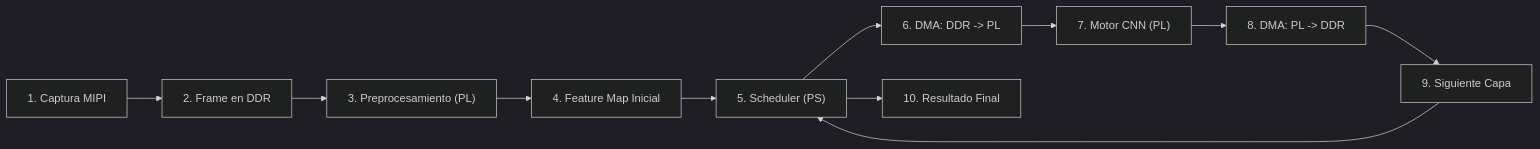
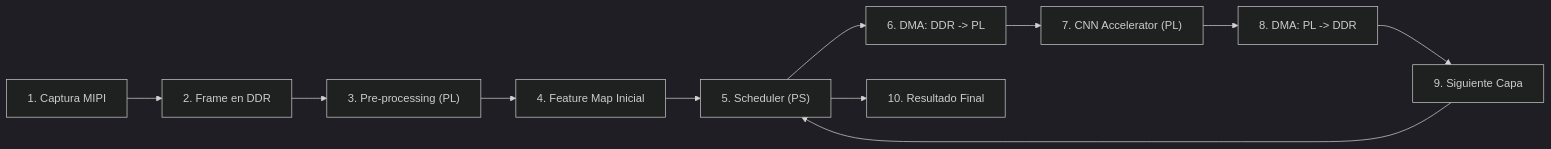
One commit to angel-obando-17/CNN-accelerator-on-SoC changed the seventh of 9 diagrams in Bitacora.md. Above: the diagram before and after it, drawn with Mermaid (dark theme). The commit also changed other lines of this file, not shown here.

````diff
--- a/Bitacora.md
+++ b/Bitacora.md
@@ -353,26 +391,26 @@
 ```mermaid
 
 flowchart LR
 
     CAP["1. Captura MIPI"]
     DDRF["2. Frame en DDR"]
-    PRE["3. Preprocesamiento (PL)"]
+    PRE["3. Pre-processing (PL)"]
     FM0["4. Feature Map Inicial"]
     SCH["5. Scheduler (PS)"]
     DMA_IN["6. DMA: DDR -> PL"]
-    CNN["7. Motor CNN (PL)"]
+    CNN["7. CNN Accelerator (PL)"]
     DMA_OUT["8. DMA: PL -> DDR"]
     NEXT["9. Siguiente Capa"]
     RES["10. Resultado Final"]
 
     CAP --> DDRF
     DDRF --> PRE
     PRE --> FM0
     FM0 --> SCH
     SCH --> DMA_IN
     DMA_IN --> CNN
     CNN --> DMA_OUT
     DMA_OUT --> NEXT
     NEXT --> SCH
     SCH --> RES
 ```
````
